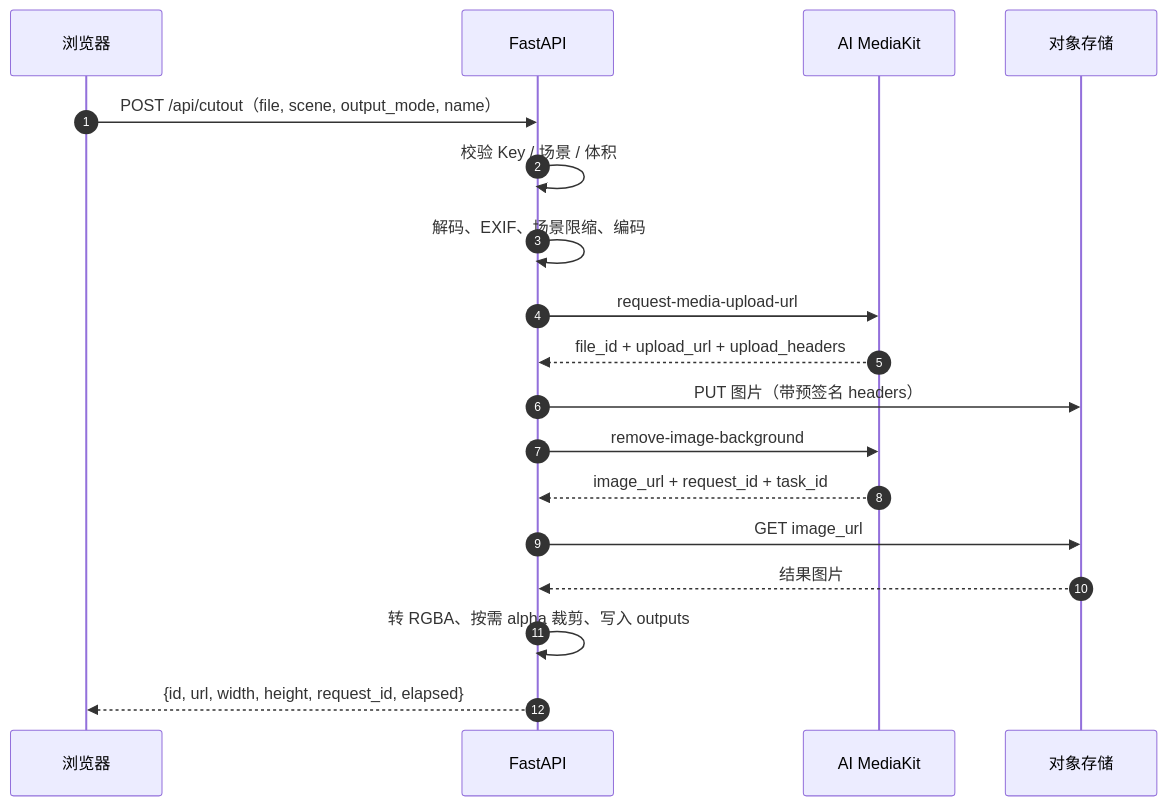
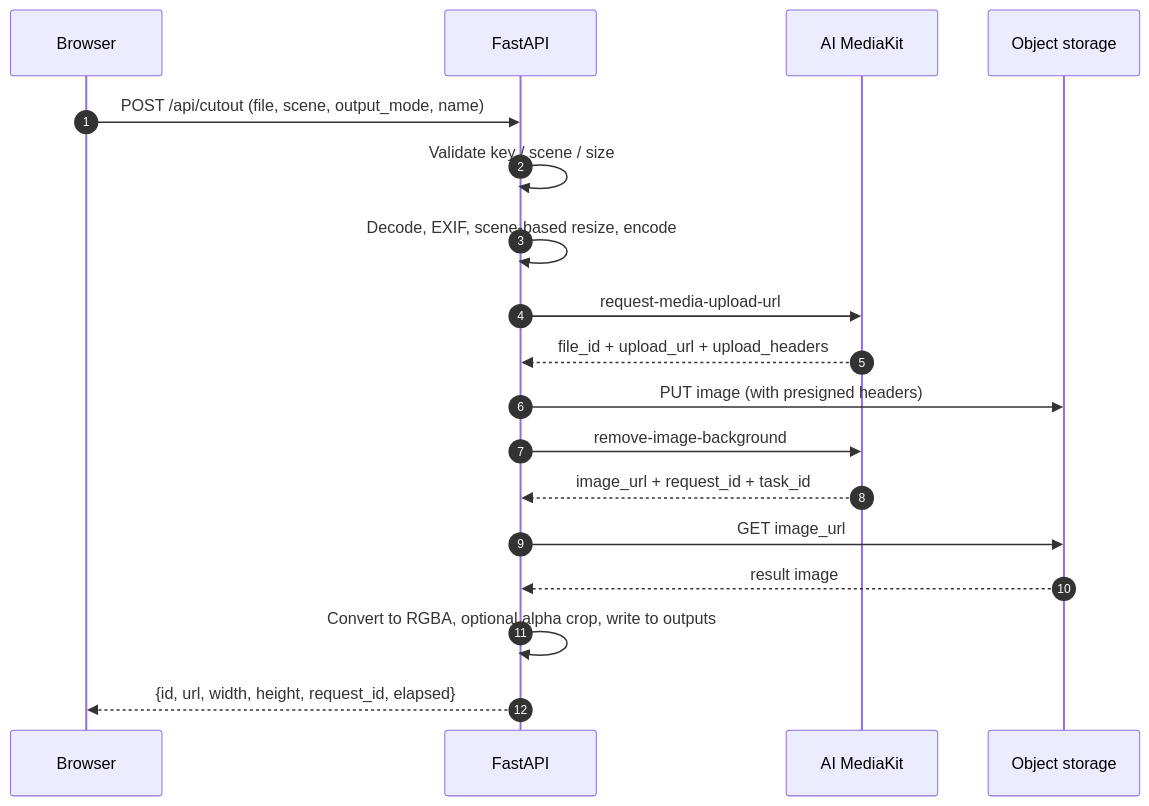
One commit to jmlistening/ai-cutout-studio changed the second of 2 diagrams in README.md. Above: the diagram before and after it, drawn with Mermaid. The commit also changed other lines of this file and 2 other files, not shown here.

````diff
--- a/README.md
+++ b/README.md
@@ -115,21 +126,21 @@
 ```mermaid
 sequenceDiagram
     autonumber
-    participant B as 浏览器
+    participant B as Browser
     participant A as FastAPI
     participant M as AI MediaKit
-    participant S as 对象存储
+    participant S as Object storage
 
-    B->>A: POST /api/cutout（file, scene, output_mode, name）
-    A->>A: 校验 Key / 场景 / 体积
-    A->>A: 解码、EXIF、场景限缩、编码
+    B->>A: POST /api/cutout (file, scene, output_mode, name)
+    A->>A: Validate key / scene / size
+    A->>A: Decode, EXIF, scene-based resize, encode
     A->>M: request-media-upload-url
     M-->>A: file_id + upload_url + upload_headers
-    A->>S: PUT 图片（带预签名 headers）
+    A->>S: PUT image (with presigned headers)
     A->>M: remove-image-background
     M-->>A: image_url + request_id + task_id
     A->>S: GET image_url
-    S-->>A: 结果图片
-    A->>A: 转 RGBA、按需 alpha 裁剪、写入 outputs
+    S-->>A: result image
+    A->>A: Convert to RGBA, optional alpha crop, write to outputs
     A-->>B: {id, url, width, height, request_id, elapsed}
 ```
````
